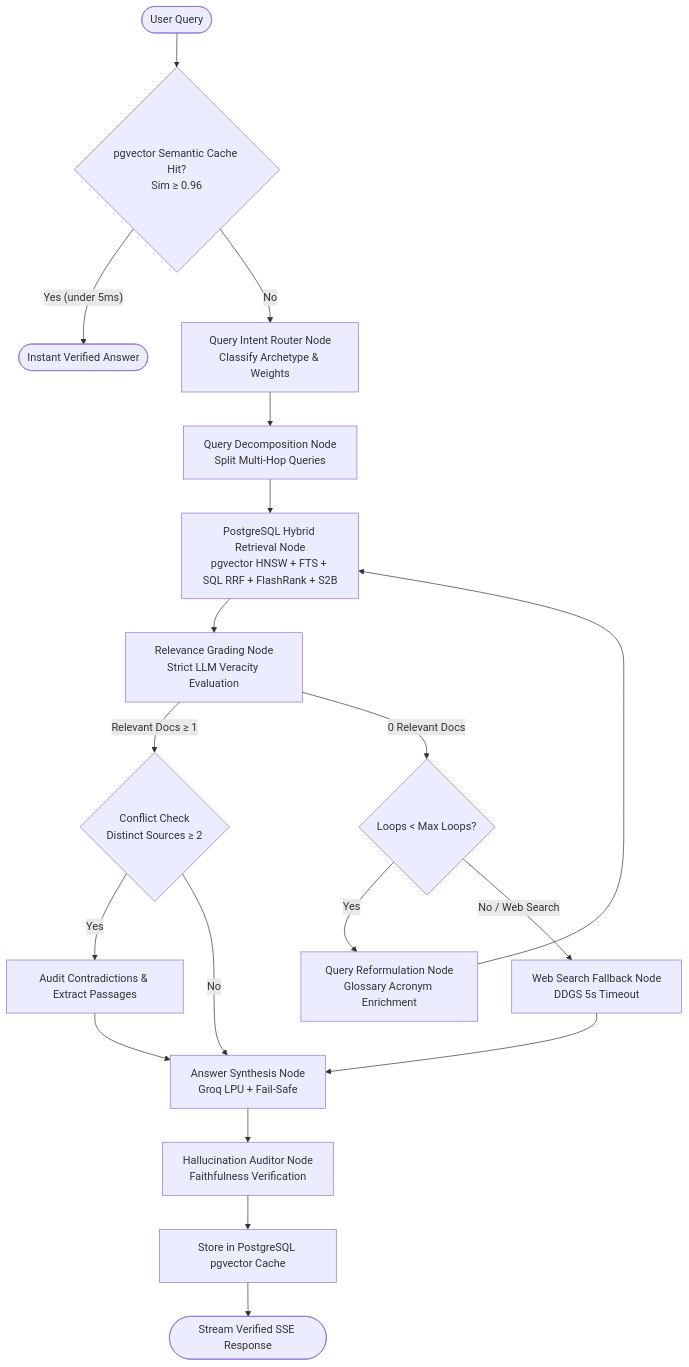
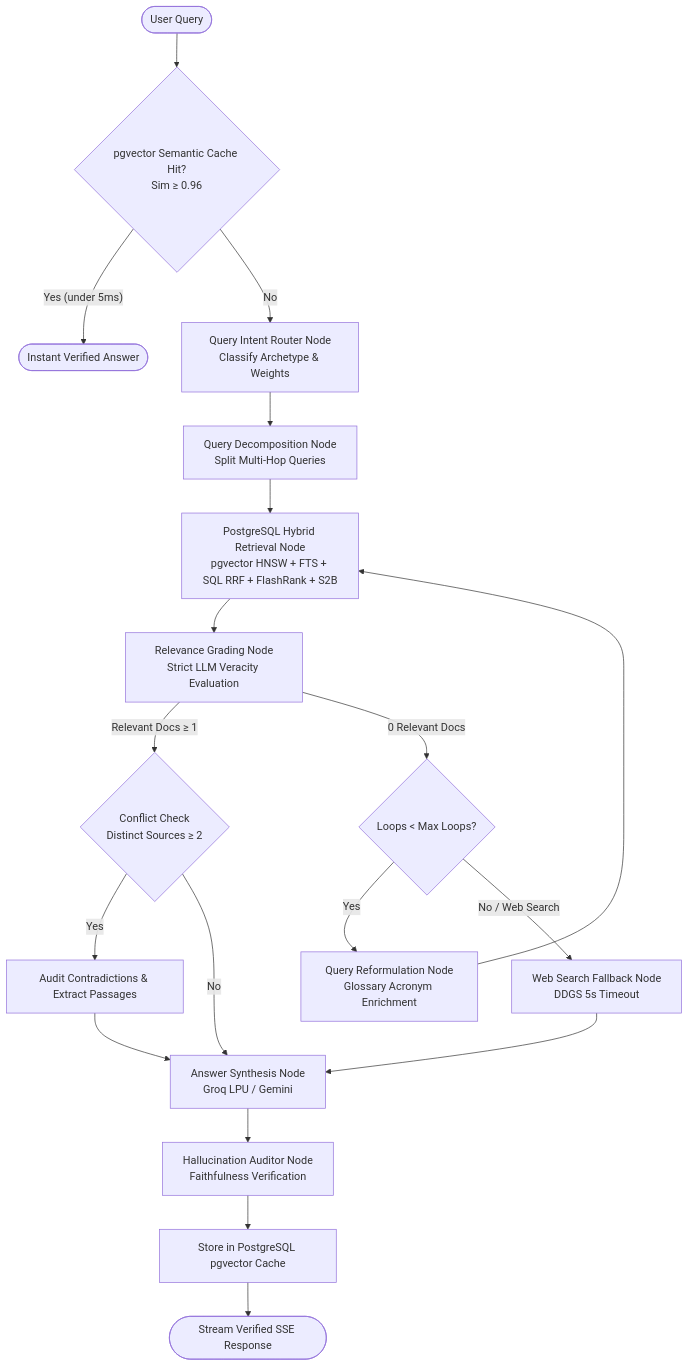
One commit to KARTHIKKJ369/Ridge changed the second of 2 diagrams in README.md. Above: the diagram before and after it, drawn with Mermaid. The commit also changed other lines of this file and 38 other files, not shown here.

Commit message:
feat(crag-platform): multi-model LLM engine (Groq LPU + Gemini), multi-institution batch admin, and robust streaming

````diff
--- a/README.md
+++ b/README.md
@@ -138,25 +145,25 @@
 ```mermaid
 flowchart TD
     Start(["User Query"]) --> CacheCheck{"pgvector Semantic Cache Hit?<br/>Sim ≥ 0.96"}
     CacheCheck -->|"Yes (under 5ms)"| FastReturn(["Instant Verified Answer"])
     CacheCheck -->|No| RouteIntent["Query Intent Router Node<br/>Classify Archetype & Weights"]
     
     RouteIntent --> Decompose["Query Decomposition Node<br/>Split Multi-Hop Queries"]
     Decompose --> Retrieve["PostgreSQL Hybrid Retrieval Node<br/>pgvector HNSW + FTS + SQL RRF + FlashRank + S2B"]
     Retrieve --> Grade["Relevance Grading Node<br/>Strict LLM Veracity Evaluation"]
     
     Grade -->|"Relevant Docs ≥ 1"| ConflictAudit{"Conflict Check<br/>Distinct Sources ≥ 2"}
     ConflictAudit -->|Yes| FlagConflict["Audit Contradictions & Extract Passages"]
-    ConflictAudit -->|No| Generate["Answer Synthesis Node<br/>Groq LPU + Fail-Safe"]
+    ConflictAudit -->|No| Generate["Answer Synthesis Node<br/>Groq LPU / Gemini"]
     FlagConflict --> Generate
     
     Grade -->|"0 Relevant Docs"| RouteCheck{"Loops < Max Loops?"}
     RouteCheck -->|Yes| Rewrite["Query Reformulation Node<br/>Glossary Acronym Enrichment"]
     Rewrite --> Retrieve
     RouteCheck -->|"No / Web Search"| WebSearch["Web Search Fallback Node<br/>DDGS 5s Timeout"]
     WebSearch --> Generate
     
     Generate --> HallucinationAudit["Hallucination Auditor Node<br/>Faithfulness Verification"]
     HallucinationAudit --> CacheStore["Store in PostgreSQL pgvector Cache"]
     CacheStore --> End(["Stream Verified SSE Response"])
 ```
````
